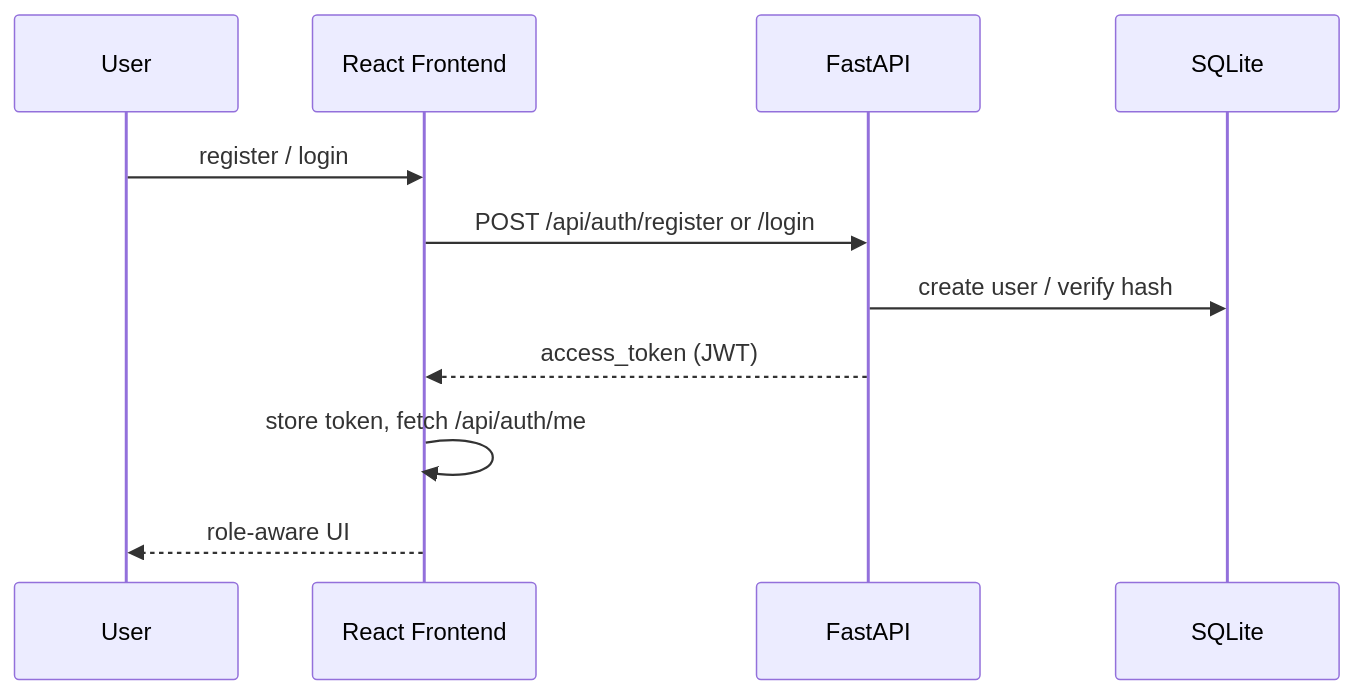
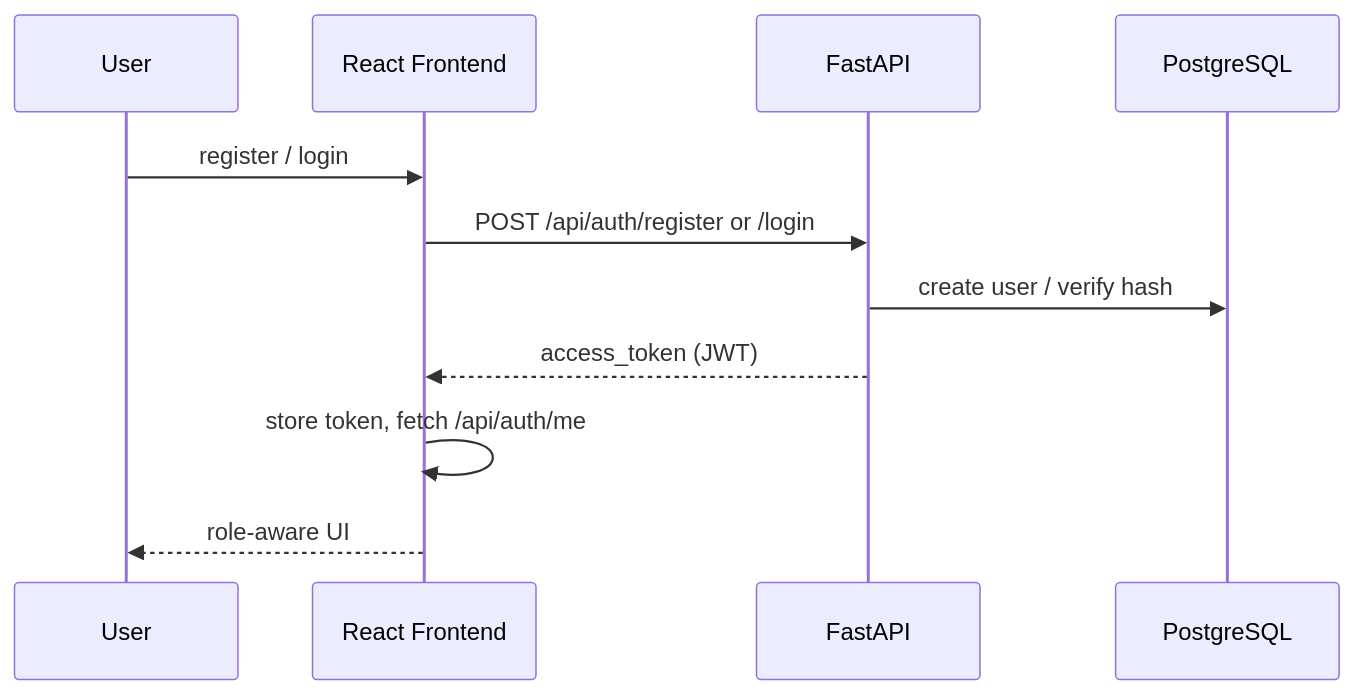
One commit to Zethetaprojects/Zecathon changed the second of 4 diagrams in README.md. Above: the diagram before and after it, drawn with Mermaid. The commit also changed other lines of this file and 4 other files, not shown here.

Commit message:
feat: PostgreSQL service in Docker Compose with production override

````diff
--- a/README.md
+++ b/README.md
@@ -54,14 +54,14 @@
 ```mermaid
 sequenceDiagram
     participant U as User
     participant F as React Frontend
     participant B as FastAPI
-    participant DB as SQLite
+    participant DB as PostgreSQL
 
     U->>F: register / login
     F->>B: POST /api/auth/register or /login
     B->>DB: create user / verify hash
     B-->>F: access_token (JWT)
     F->>F: store token, fetch /api/auth/me
     F-->>U: role-aware UI
 ```
````
